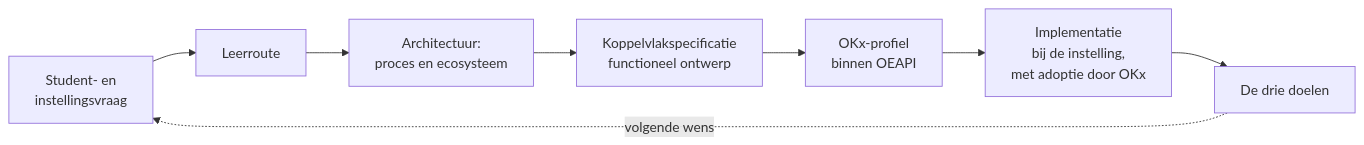
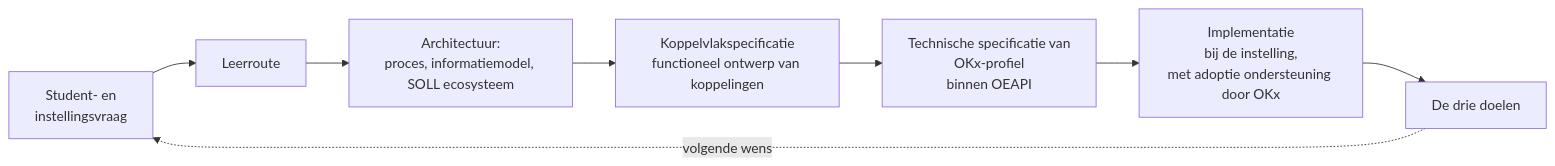
The second of 2 diagrams in README.md (Npuls-OKx/meta), drawn with Mermaid before and after one commit. The commit also changed other lines of this file, not shown here.

Commit message:
Update README.md
human addition

````diff
--- a/README.md
+++ b/README.md
@@ -46,10 +46,10 @@
 ```mermaid
 flowchart LR
   V["Student- en<br/>instellingsvraag"] --> L["Leerroute"]
-  L --> A["Architectuur:<br/>proces en ecosysteem"]
-  A --> K["Koppelvlakspecificatie<br/>functioneel ontwerp"]
-  K --> P["OKx-profiel<br/>binnen OEAPI"]
-  P --> IM["Implementatie<br/>bij de instelling,<br/>met adoptie door OKx"]
+  L --> A["Architectuur:<br/>proces, informatiemodel, SOLL ecosysteem"]
+  A --> K["Koppelvlakspecificatie<br/>functioneel ontwerp van koppelingen"]
+  K --> P["Technische specificatie van<br/>OKx-profiel<br/>binnen OEAPI"]
+  P --> IM["Implementatie<br/>bij de instelling,<br/>met adoptie ondersteuning door OKx"]
   IM --> D["De drie doelen"]
   D -.->|"volgende wens"| V
 ```
````
